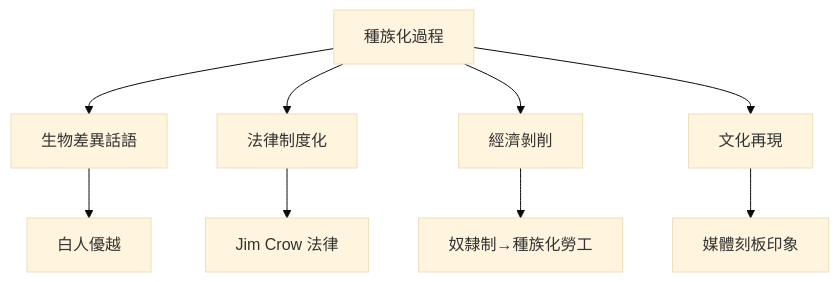
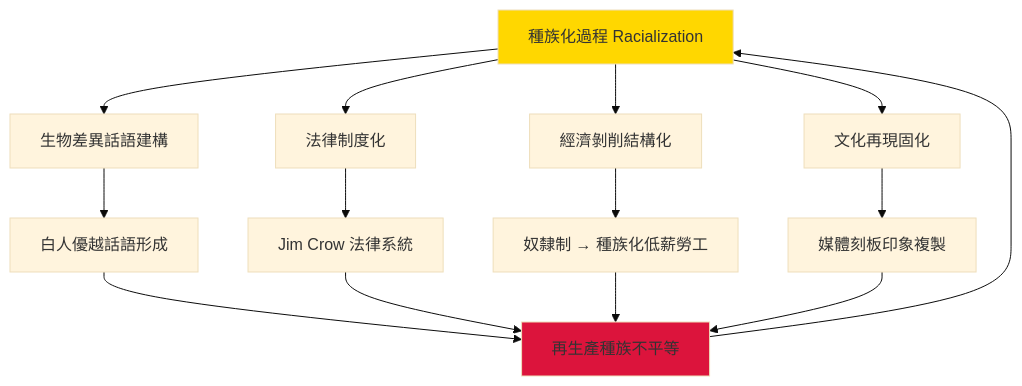
The third of 7 diagrams in 01_HKU_Courses/HIST2161_Making_Race.md (yip-lgtm/HKU-Harvard-History-Self-Study), drawn with Mermaid (base theme) before and after one commit. The commit also changed other lines of this file and 8 other files, not shown here.

````diff
--- a/01_HKU_Courses/HIST2161_Making_Race.md
+++ b/01_HKU_Courses/HIST2161_Making_Race.md
@@ -119,11 +203,18 @@
 ```mermaid
 graph TD
-    A["種族化過程"] --> B["生物差異話語"]
+    A["種族化過程 Racialization"] --> B["生物差異話語建構"]
     A --> C["法律制度化"]
-    A --> D["經濟剝削"]
-    A --> E["文化再現"]
-    B --> F["白人優越"]
-    C --> G["Jim Crow 法律"]
-    D --> H["奴隸制→種族化勞工"]
-    E --> I["媒體刻板印象"]
+    A --> D["經濟剝削結構化"]
+    A --> E["文化再現固化"]
+    B --> F["白人優越話語形成"]
+    C --> G["Jim Crow 法律系統"]
+    D --> H["奴隸制 → 種族化低薪勞工"]
+    E --> I["媒體刻板印象複製"]
+    F --> J["再生產種族不平等"]
+    G --> J
+    H --> J
+    I --> J
+    J --> A
+    style A fill:#FFD700
+    style J fill:#DC143C
 ```
````
